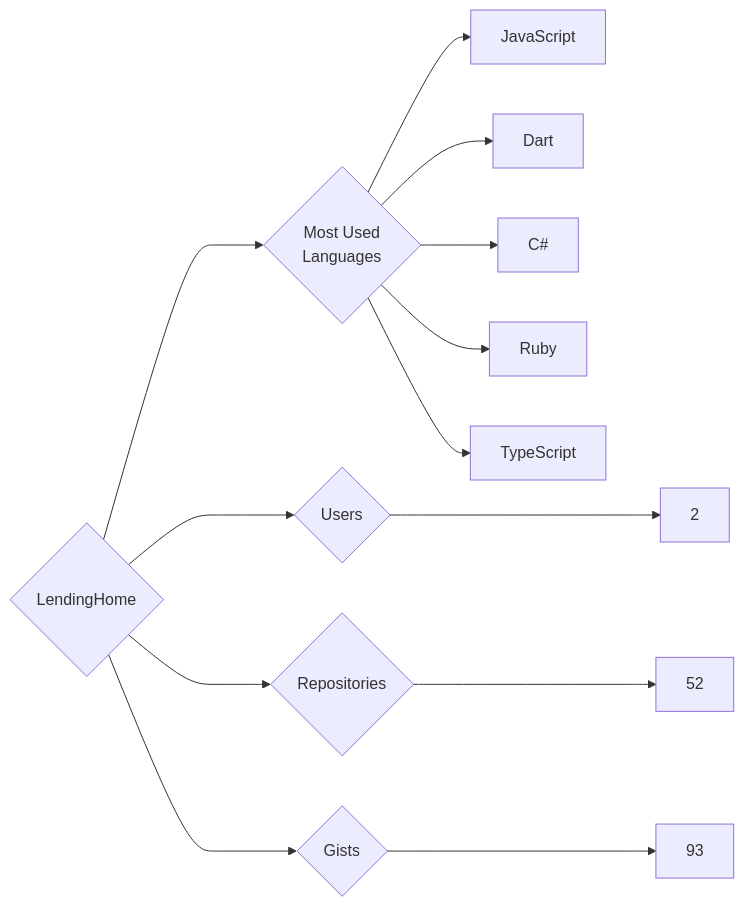
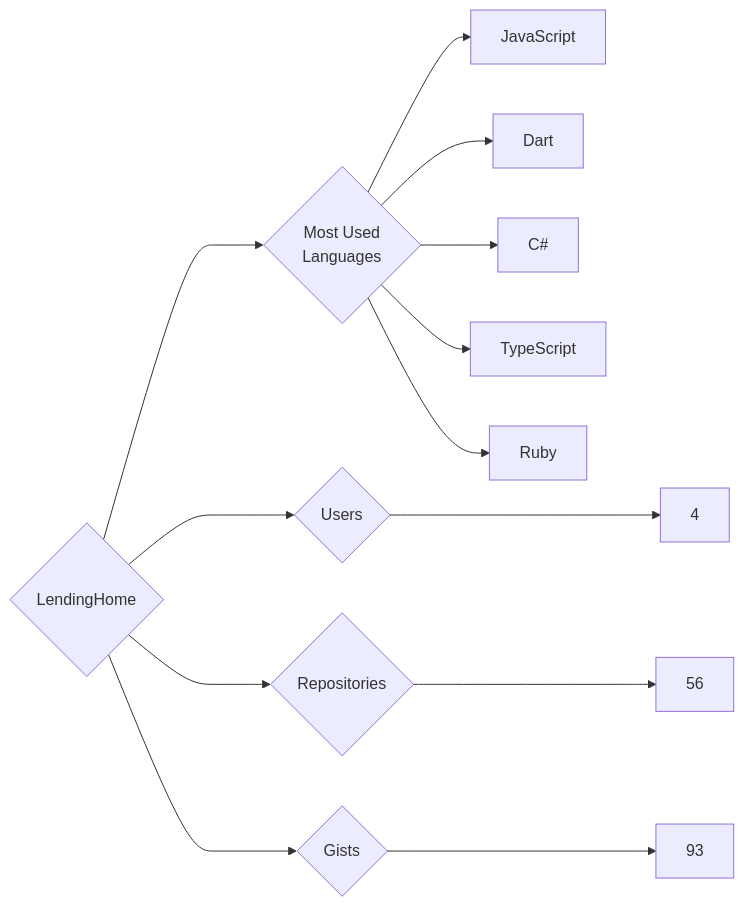
One commit to trickest/insiders changed the diagram in targets/LendingHome/README.md. Above: the diagram before and after it, drawn with Mermaid. The commit also changed 681 other files, not shown here.

````diff
--- a/targets/LendingHome/README.md
+++ b/targets/LendingHome/README.md
@@ -3,13 +3,13 @@
 ```mermaid
 graph LR
 COMPANY_NAME{LendingHome}
-COMPANY_NAME ---> U{Users} ---> UN[2]
-COMPANY_NAME ---> R{Repositories} ---> RN[52]
+COMPANY_NAME ---> U{Users} ---> UN[4]
+COMPANY_NAME ---> R{Repositories} ---> RN[56]
 COMPANY_NAME ---> G{Gists} ---> GN[93]
 COMPANY_NAME ---> ML{Most Used<br>Languages}
 ML --> JavaScript[JavaScript]
 ML --> Dart[Dart]
 ML --> C#[C#]
+ML --> TypeScript[TypeScript]
 ML --> Ruby[Ruby]
-ML --> TypeScript[TypeScript]
 ```
````
